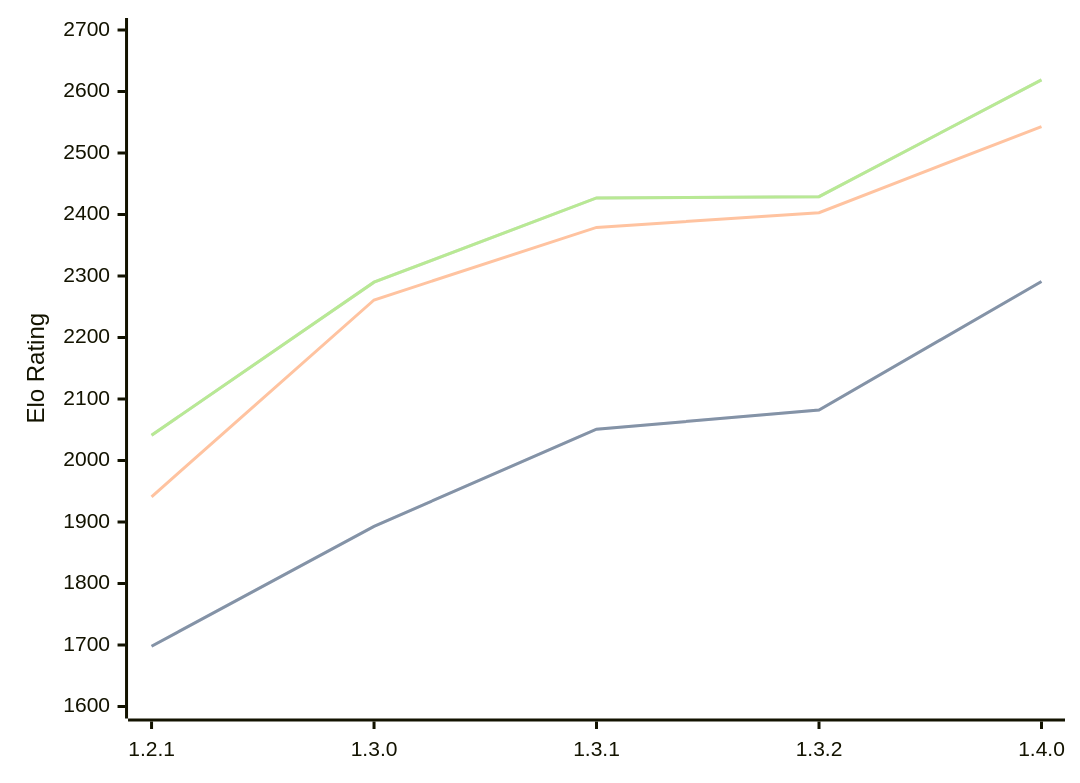
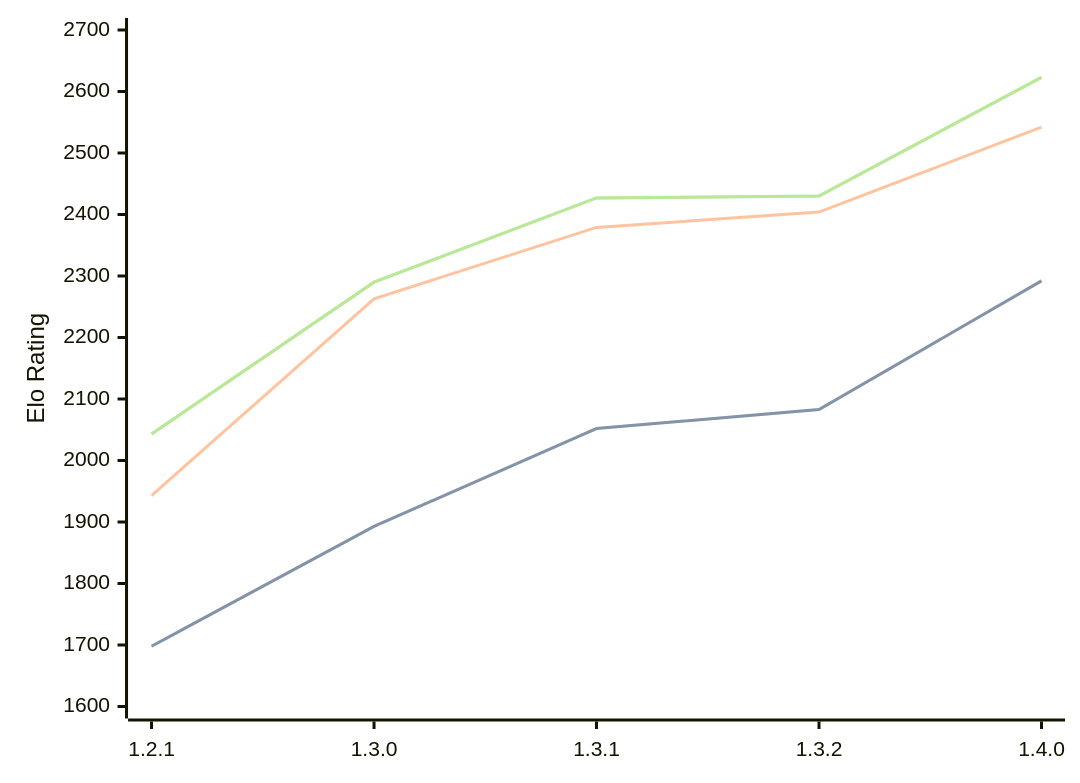
The diagram in engines/Chal.md (computer-chess-index/cci), drawn with Mermaid before and after one commit. The commit also changed other lines of this file, not shown here.

Commit message:
Update CCI Ratings (ELO VLTC) - 2026-04-22

````diff
--- a/engines/Chal.md
+++ b/engines/Chal.md
@@ -38,11 +38,11 @@
 ```mermaid
 %%{init: {"theme":"base","themeVariables":{"seriesColors:['#a3a3a3','#222221','#faa371']}}}%%
 xychart-beta
   x-axis ["1.2.1", "1.3.0", "1.3.1", "1.3.2", "1.4.0"]
   y-axis "Elo Rating" 1600 --> 2700
-  line "STC (8.0+0.08s)" [1698, 1893, 2051, 2082, 2291]
-  line "STC (8.0+0.08s)" [1698, 1893, 2051, 2082, 2291]
-  line "LTC (60.0+0.60s)" [1941, 2261, 2379, 2403, 2543]
-  line "VLTC (2m24s+1.12s)" [2041, 2290, 2427, 2429, 2619]
-  line "VLTC (2m24s+1.12s)" [2041, 2290, 2427, 2429, 2619]
+  line "STC (8.0+0.08s)" [1698, 1893, 2052, 2083, 2292]
+  line "STC (8.0+0.08s)" [1698, 1893, 2052, 2083, 2292]
+  line "LTC (60.0+0.60s)" [1943, 2263, 2379, 2404, 2542]
+  line "VLTC (2m24s+1.12s)" [2043, 2290, 2427, 2430, 2623]
+  line "VLTC (2m24s+1.12s)" [2043, 2290, 2427, 2430, 2623]
 ```
````
